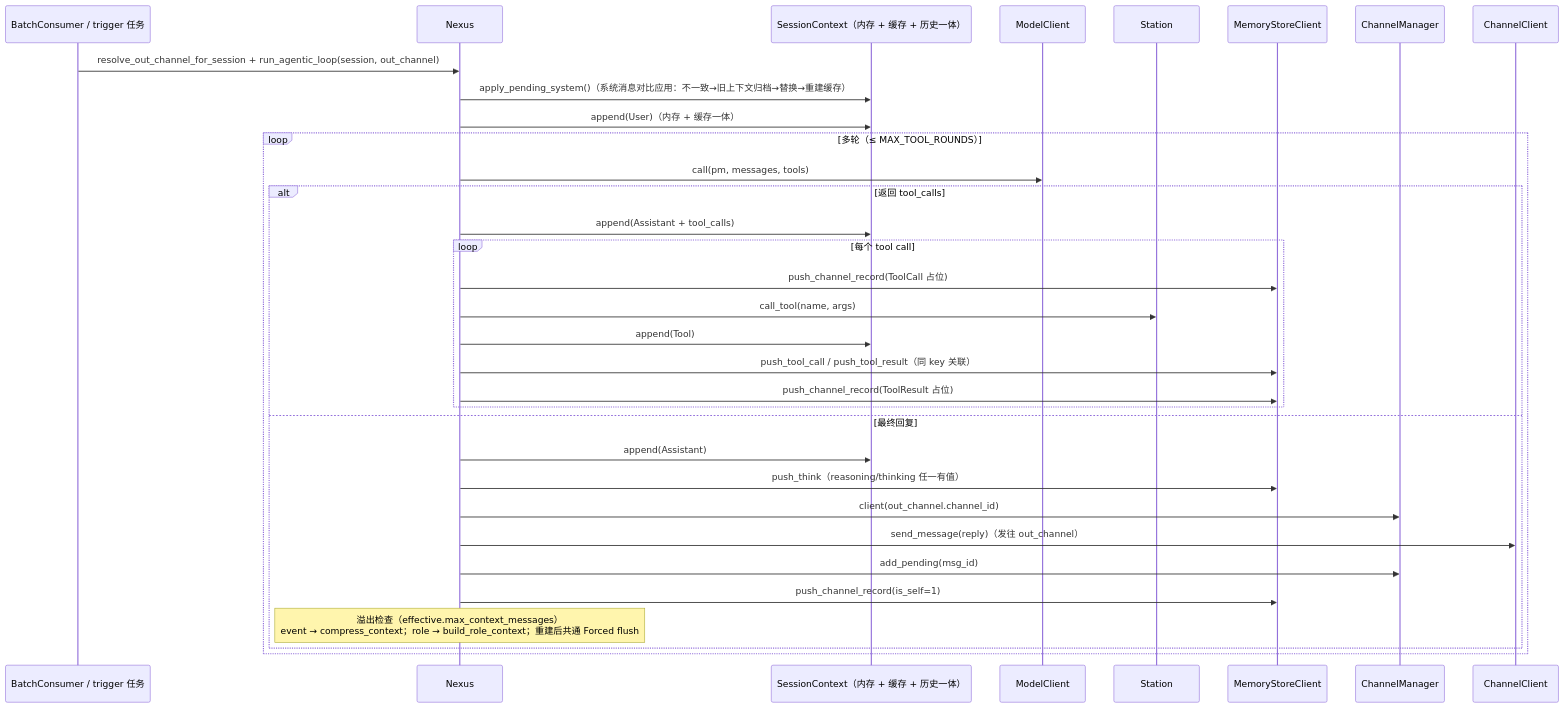
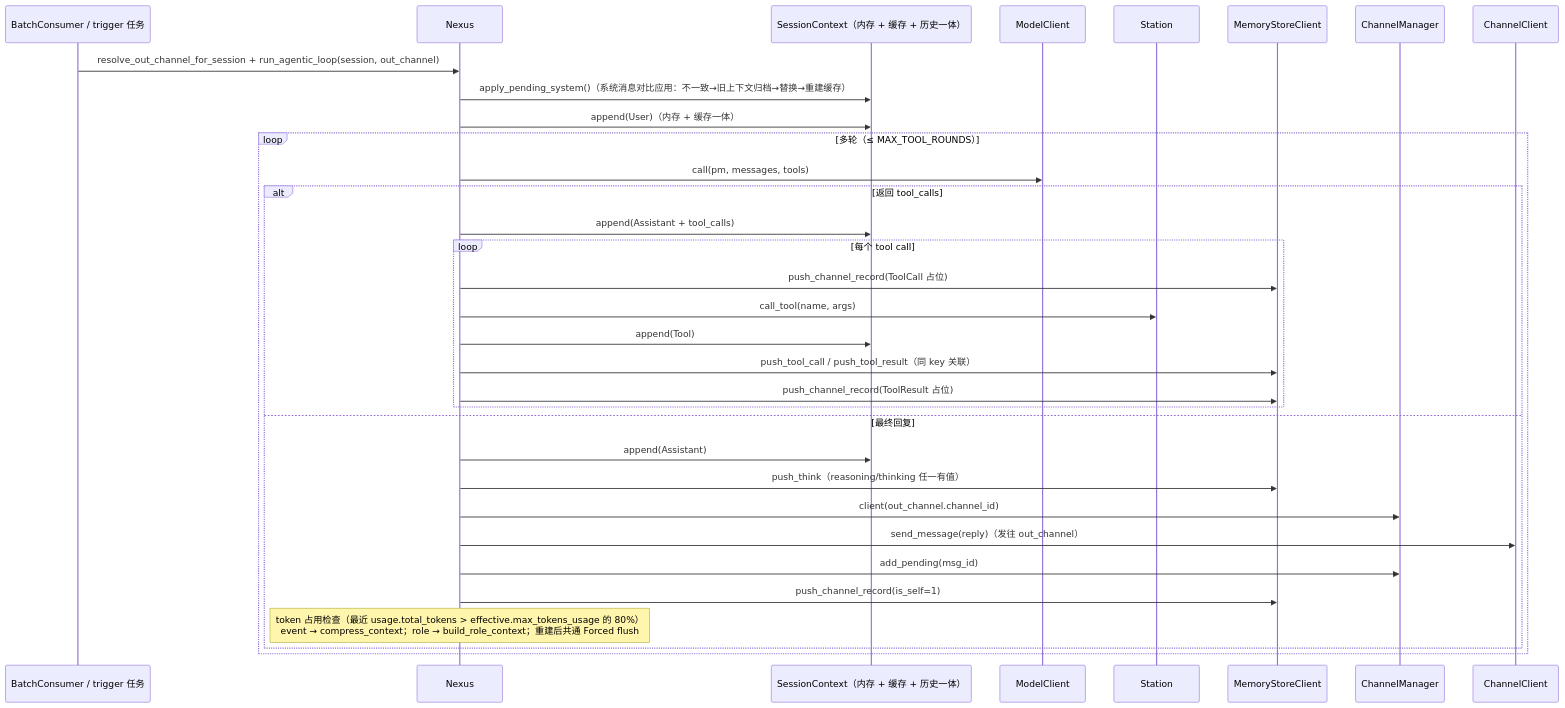
One commit to coldcloude/kissbot changed the fourth of 5 diagrams in docs/spec/kissbot-agent-modules.md. Above: the diagram before and after it, drawn with Mermaid. The commit also changed 2 other files, not shown here.

Commit message:
最终评审修复：活跃文档同步 token 占用重置语义（design 会话流程与 spec 时序图 Note 由 max_context_messages 溢出检查改为 max_tokens_usage 80% 延迟检查）；session_manager 局部变量 should_reset 改名 reset_needed 消除对同名自由函数的遮蔽

````diff
--- a/docs/spec/kissbot-agent-modules.md
+++ b/docs/spec/kissbot-agent-modules.md
@@ -146,36 +146,36 @@
 ```mermaid
 sequenceDiagram
     participant BP as BatchConsumer / trigger 任务
     participant CO as Nexus
     participant CTX as SessionContext（内存 + 缓存 + 历史一体）
     participant MLC as ModelClient
     participant ST as Station
     participant MSC as MemoryStoreClient
     participant CHM as ChannelManager
     participant CC as ChannelClient
 
     BP->>CO: resolve_out_channel_for_session + run_agentic_loop(session, out_channel)
     CO->>CTX: apply_pending_system()（系统消息对比应用：不一致→旧上下文归档→替换→重建缓存）
     CO->>CTX: append(User)（内存 + 缓存一体）
     loop 多轮（≤ MAX_TOOL_ROUNDS）
         CO->>MLC: call(pm, messages, tools)
         alt 返回 tool_calls
             CO->>CTX: append(Assistant + tool_calls)
             loop 每个 tool call
                 CO->>MSC: push_channel_record(ToolCall 占位)
                 CO->>ST: call_tool(name, args)
                 CO->>CTX: append(Tool)
                 CO->>MSC: push_tool_call / push_tool_result（同 key 关联）
                 CO->>MSC: push_channel_record(ToolResult 占位)
             end
         else 最终回复
             CO->>CTX: append(Assistant)
             CO->>MSC: push_think（reasoning/thinking 任一有值）
             CO->>CHM: client(out_channel.channel_id)
             CO->>CC: send_message(reply)（发往 out_channel）
             CO->>CHM: add_pending(msg_id)
             CO->>MSC: push_channel_record(is_self=1)
-            Note over CO: 溢出检查（effective.max_context_messages）<br/>event → compress_context；role → build_role_context；重建后共通 Forced flush
+            Note over CO: token 占用检查（最近 usage.total_tokens > effective.max_tokens_usage 的 80%）<br/>event → compress_context；role → build_role_context；重建后共通 Forced flush
         end
     end
 ```
````
